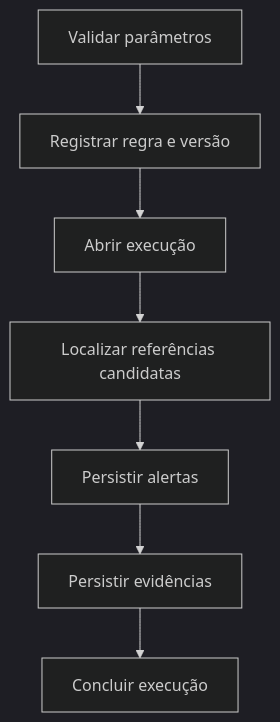
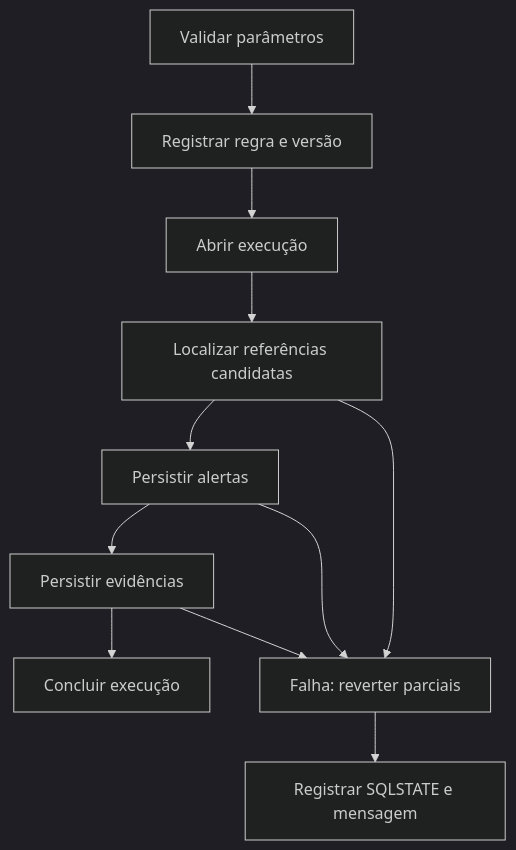
One commit to rafaelcamarg0/tcc-ii changed the fourth of 4 diagrams in docs/ARQUITETURA_PROTOTIPO.md. Above: the diagram before and after it, drawn with Mermaid (dark theme). The commit also changed other lines of this file and 7 other files, not shown here.

```diff
--- a/docs/ARQUITETURA_PROTOTIPO.md
+++ b/docs/ARQUITETURA_PROTOTIPO.md
@@ -76,9 +76,13 @@
 ~~~mermaid
 flowchart TD
     I["Validar parâmetros"] --> R["Registrar regra e versão"]
     R --> E["Abrir execução"]
     E --> C["Localizar referências candidatas"]
     C --> A["Persistir alertas"]
     A --> V["Persistir evidências"]
     V --> F["Concluir execução"]
+    C --> X["Falha: reverter parciais"]
+    A --> X
+    V --> X
+    X --> L["Registrar SQLSTATE e mensagem"]
 ~~~
```
